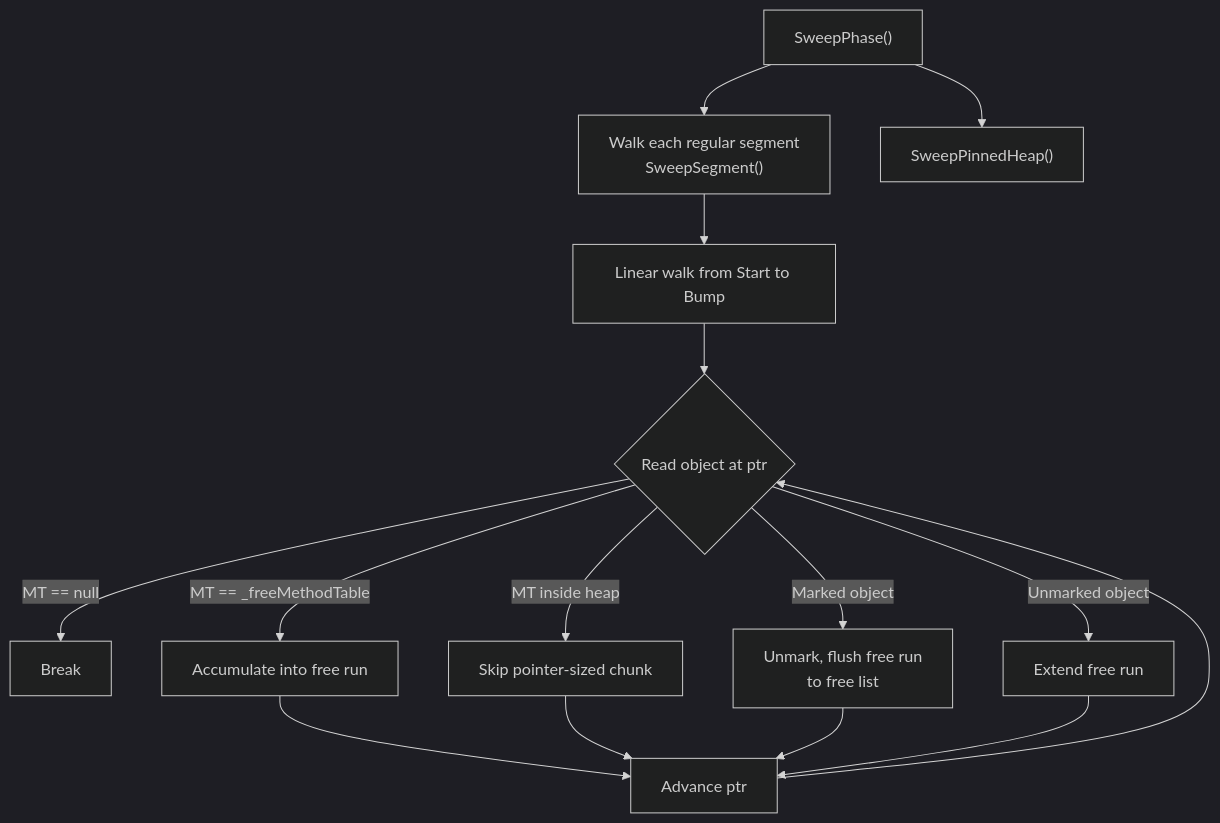
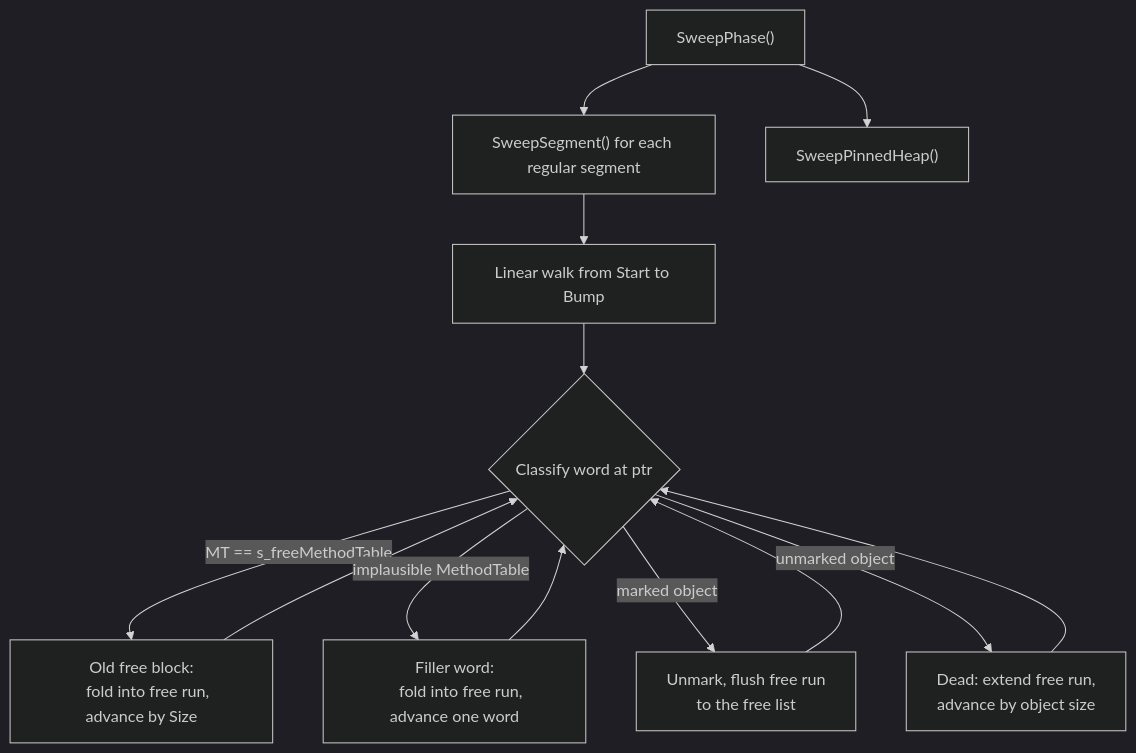
One commit to valentinbreiz/nativeaot-patcher changed the eighth of 8 diagrams in docs/articles/dev/garbage-collector.md. Above: the diagram before and after it, drawn with Mermaid (dark theme). The commit also changed other lines of this file and 2 other files, not shown here.

````diff
--- a/docs/articles/dev/garbage-collector.md
+++ b/docs/articles/dev/garbage-collector.md
@@ -383,20 +385,20 @@
 ```mermaid
 flowchart TD
-    SWEEP["SweepPhase()"] --> SEG["Walk each regular segment
-    SweepSegment()"]
+    SWEEP["SweepPhase()"] --> SEG["SweepSegment() for each regular segment"]
     SWEEP --> PIN["SweepPinnedHeap()"]
 
     SEG --> WALK["Linear walk from Start to Bump"]
-    WALK --> READ{Read object at ptr}
-    READ -->|"MT == null"| STOP[Break]
-    READ -->|"MT == _freeMethodTable"| ACCUM[Accumulate into free run]
-    READ -->|"MT inside heap"| SKIP["Skip pointer-sized chunk"]
-    READ -->|Marked object| LIVE["Unmark, flush free run
-    to free list"]
-    READ -->|Unmarked object| DEAD["Extend free run"]
-    ACCUM --> NEXT[Advance ptr]
-    SKIP --> NEXT
-    LIVE --> NEXT
-    DEAD --> NEXT
-    NEXT --> READ
+    WALK --> READ{Classify word at ptr}
+    READ -->|"MT == s_freeMethodTable"| ACCUM["Old free block:
+    fold into free run, advance by Size"]
+    READ -->|"implausible MethodTable"| FILLER["Filler word:
+    fold into free run, advance one word"]
+    READ -->|marked object| LIVE["Unmark, flush free run
+    to the free list"]
+    READ -->|unmarked object| DEAD["Dead: extend free run,
+    advance by object size"]
+    ACCUM --> READ
+    FILLER --> READ
+    LIVE --> READ
+    DEAD --> READ
 ```
````
